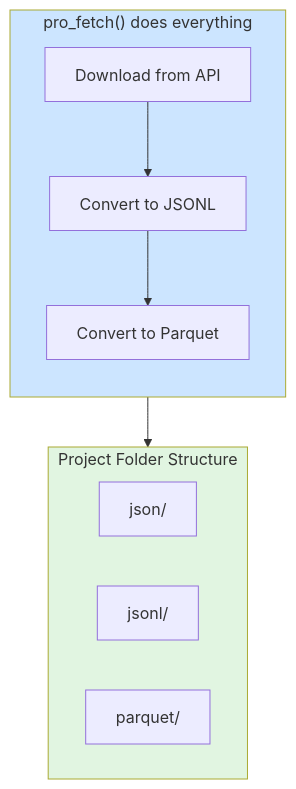
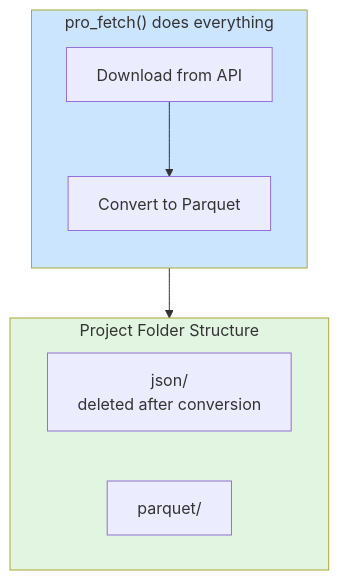
Before and after one commit to openalexPro/openalexPro: the second of 2 diagrams in vignettes/Quick_Start.qmd, drawn with Mermaid. The commit also changed other lines of this file and 105 other files, not shown here.

````diff
--- a/vignettes/Quick_Start.qmd
+++ b/vignettes/Quick_Start.qmd
@@ -132,19 +136,17 @@
 ```{mermaid}
 flowchart TD
     subgraph pro_fetch["pro_fetch() does everything"]
         direction TB
-        A[Download from API] --> B[Convert to JSONL]
-        B --> C[Convert to Parquet]
+        A[Download from API] --> C[Convert to Parquet]
     end
 
     subgraph Output[Project Folder Structure]
-        JSON[json/]
-        JSONL[jsonl/]
+        JSON[json/<br/>deleted after conversion]
         PARQUET[parquet/]
     end
 
     pro_fetch --> Output
 
     style pro_fetch fill:#cce5ff
     style Output fill:#e1f5e1
 ```
````
